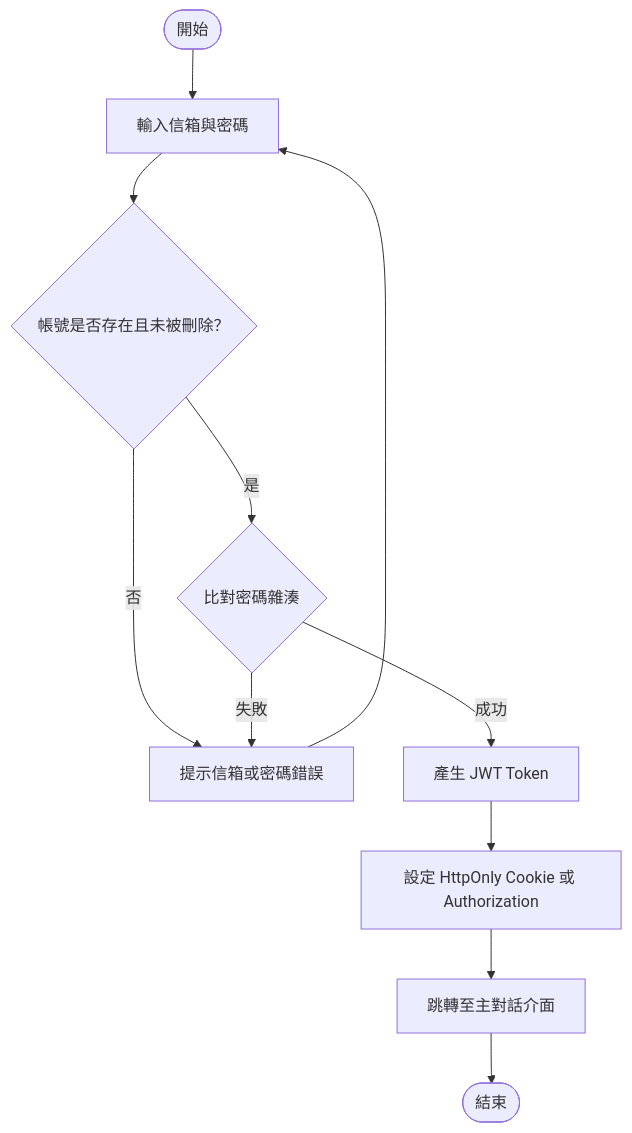
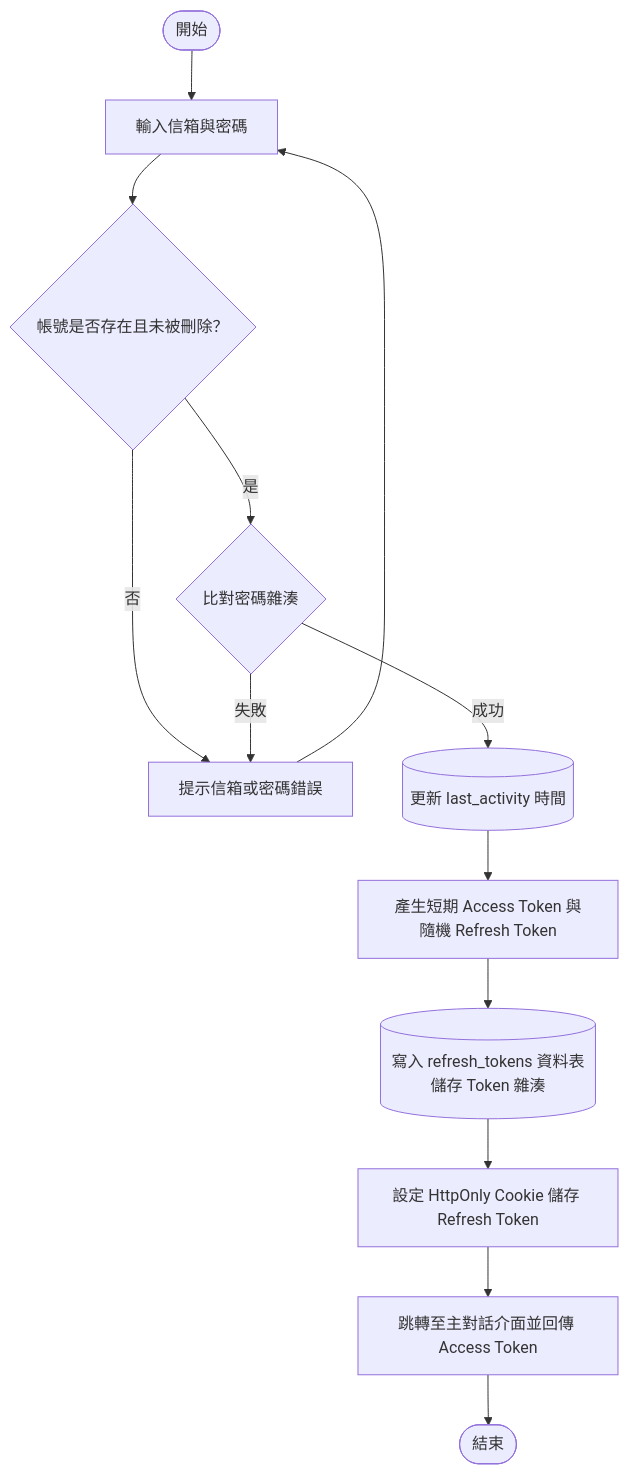
One commit to nearcsie/near-chat changed the second of 14 diagrams in docs/reports/final-report.md. Above: the diagram before and after it, drawn with Mermaid. The commit also changed other lines of this file, not shown here.

Commit message:
docs: SQL database schema 補全，新增 jwt 驗證機制說明

````diff
--- a/docs/reports/final-report.md
+++ b/docs/reports/final-report.md
@@ -382,12 +416,14 @@
 ```mermaid
 flowchart TD
     Start([開始]) --> LoginInput[輸入信箱與密碼]
     LoginInput --> CheckUser{帳號是否存在且未被刪除？}
     CheckUser -- 否 --> LoginErr[提示信箱或密碼錯誤] --> LoginInput
     CheckUser -- 是 --> VerifyHash{比對密碼雜湊}
     VerifyHash -- 失敗 --> LoginErr
-    VerifyHash -- 成功 --> GenJWT[產生 JWT Token]
-    GenJWT --> SetCookie[設定 HttpOnly Cookie 或 Authorization]
-    SetCookie --> RedirectMain[跳轉至主對話介面]
+    VerifyHash -- 成功 --> UpdateActivity[(更新 last_activity 時間)]
+    UpdateActivity --> GenTokens[產生短期 Access Token 與隨機 Refresh Token]
+    GenTokens --> DBInsertRefresh[(寫入 refresh_tokens 資料表儲存 Token 雜湊)]
+    DBInsertRefresh --> SetCookie[設定 HttpOnly Cookie 儲存 Refresh Token]
+    SetCookie --> RedirectMain[跳轉至主對話介面並回傳 Access Token]
     RedirectMain --> End([結束])
 ```
````
